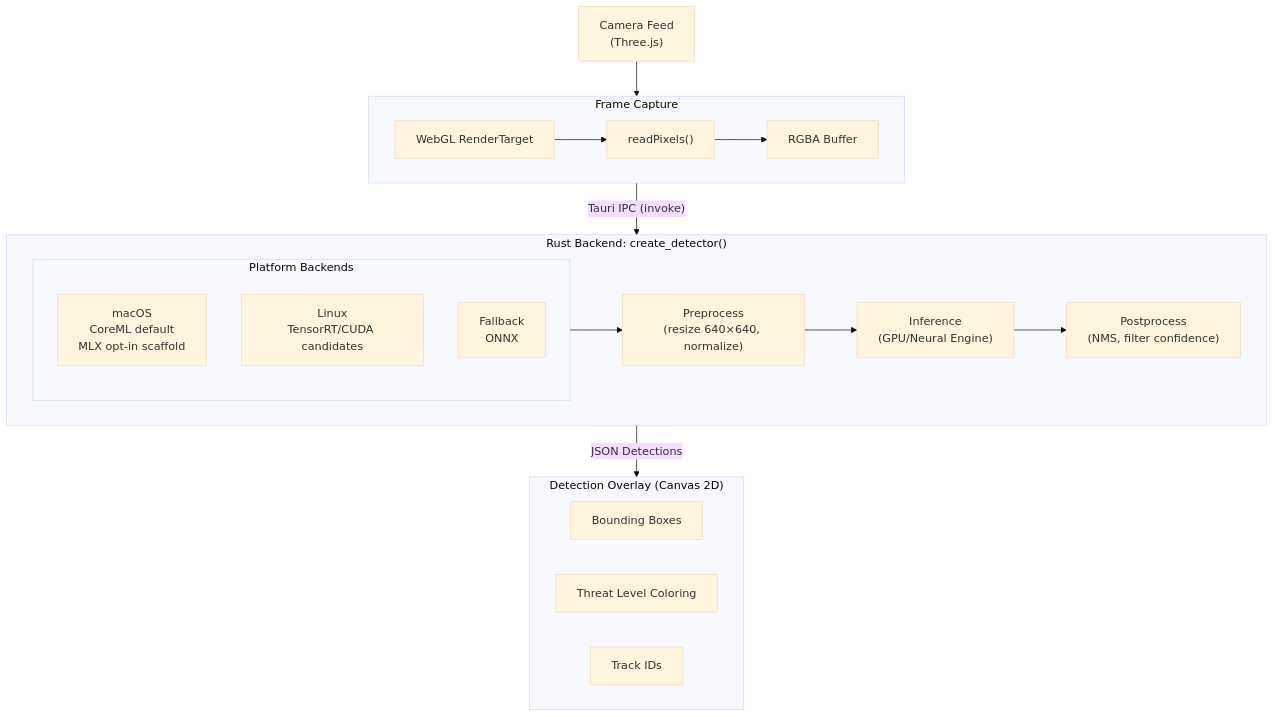
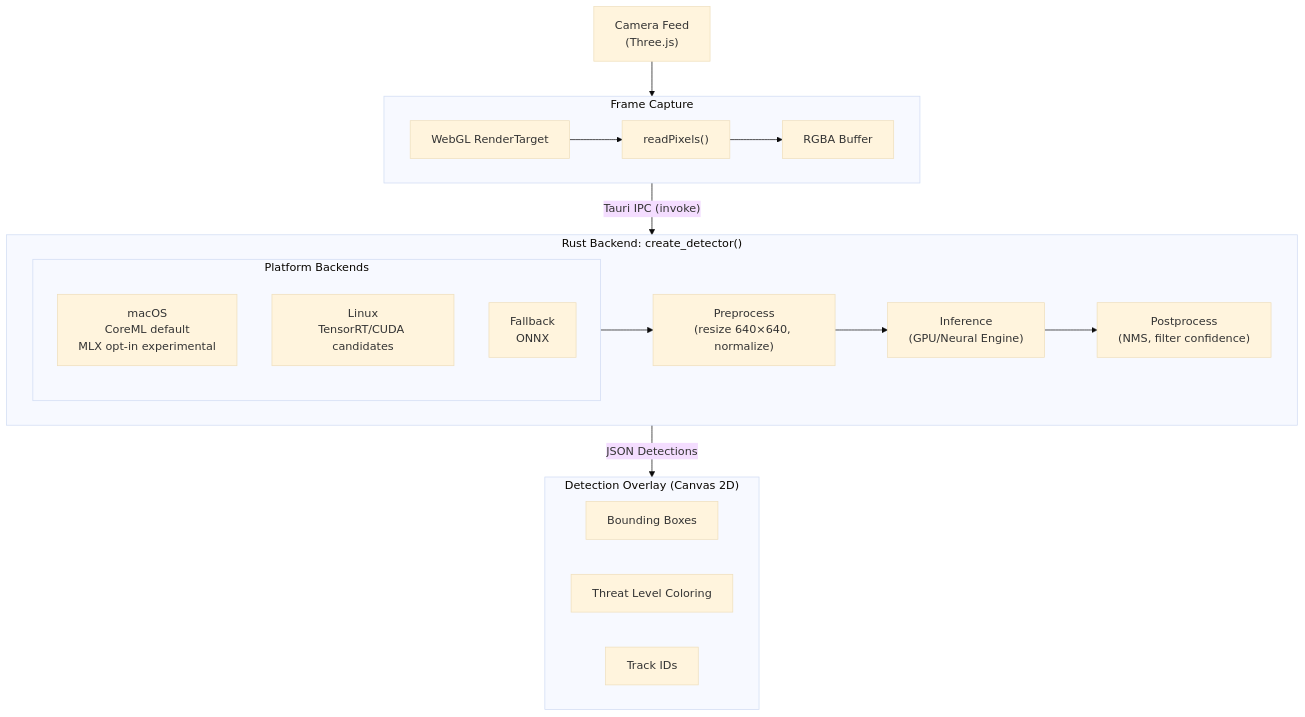
The fifth of 6 diagrams in README.md (sepehrmn/crebain), drawn with Mermaid (base theme) before and after one commit. The commit also changed other lines of this file and 18 other files, not shown here.

````diff
--- a/README.md
+++ b/README.md
@@ -506,34 +506,34 @@
 ```mermaid
 flowchart TB
     CameraFeed["Camera Feed<br/>(Three.js)"]
     
     subgraph Capture["Frame Capture"]
         WebGL["WebGL RenderTarget"]
         ReadPixels["readPixels()"]
         RGBA["RGBA Buffer"]
         WebGL --> ReadPixels --> RGBA
     end
     
     subgraph Backend["Rust Backend: create_detector()"]
         subgraph Backends["Platform Backends"]
-            macOS["macOS<br/>CoreML default<br/>MLX opt-in scaffold"]
+            macOS["macOS<br/>CoreML default<br/>MLX opt-in experimental"]
             Linux["Linux<br/>TensorRT/CUDA candidates"]
             Fallback["Fallback<br/>ONNX"]
         end
         Preprocess["Preprocess<br/>(resize 640×640, normalize)"]
         Inference["Inference<br/>(GPU/Neural Engine)"]
         Postprocess["Postprocess<br/>(NMS, filter confidence)"]
         
         Backends --> Preprocess --> Inference --> Postprocess
     end
     
     subgraph Overlay["Detection Overlay (Canvas 2D)"]
         BBox["Bounding Boxes"]
         Threat["Threat Level Coloring"]
         TrackID["Track IDs"]
     end
     
     CameraFeed --> Capture
     Capture -->|"Tauri IPC (invoke)"| Backend
     Backend -->|"JSON Detections"| Overlay
 ```
````
